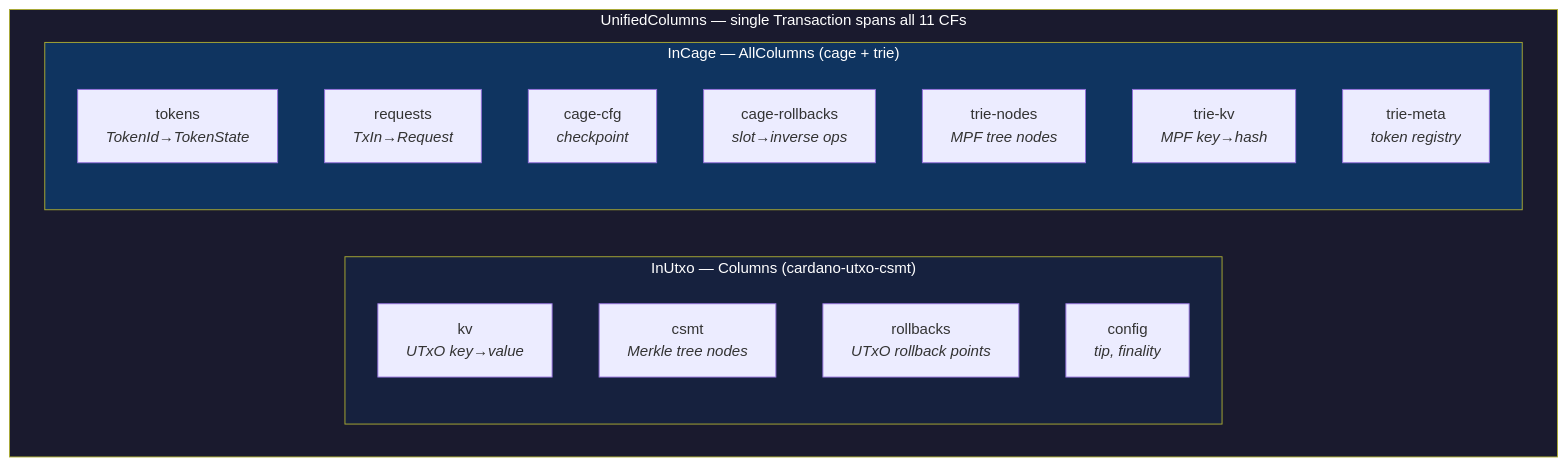
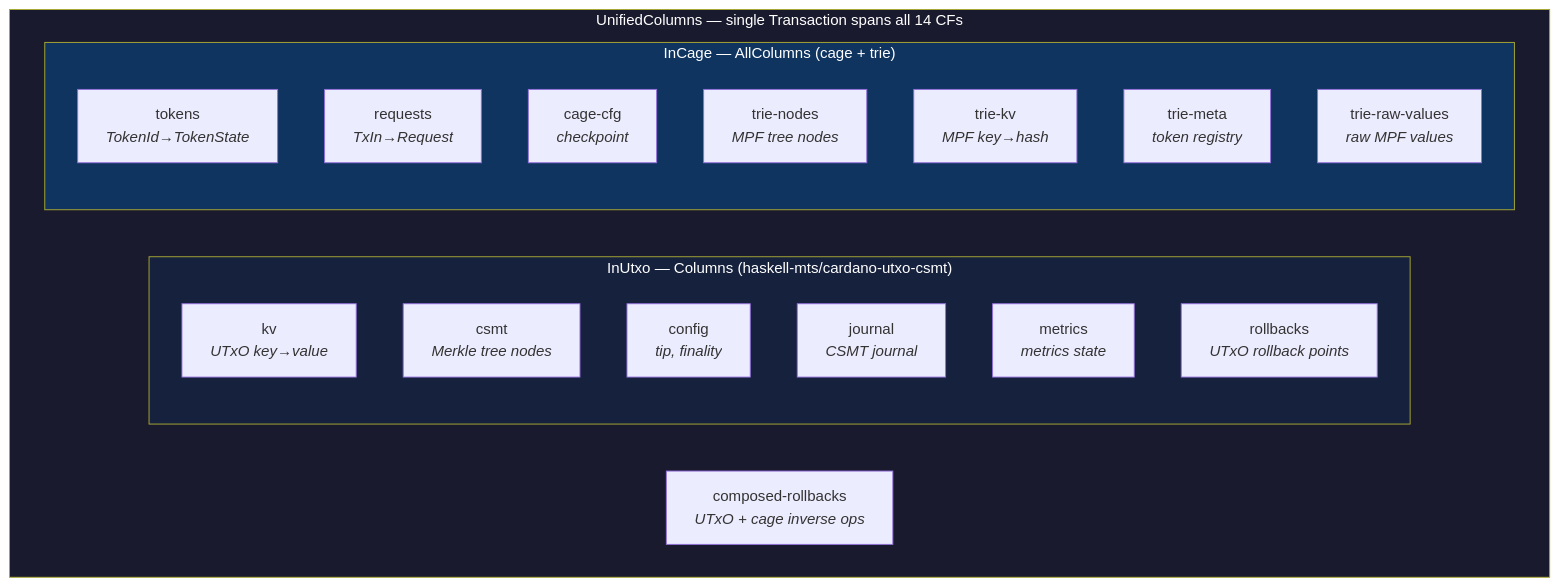
One commit to lambdasistemi/cardano-mpfs-offchain changed the first of 7 diagrams in docs/architecture/block-processing.md. Above: the diagram before and after it, drawn with Mermaid. The commit also changed other lines of this file and 9 other files, not shown here.

````diff
--- a/docs/architecture/block-processing.md
+++ b/docs/architecture/block-processing.md
@@ -20,25 +21,28 @@
 ```mermaid
 graph TB
-    subgraph unified["UnifiedColumns — single Transaction spans all 11 CFs"]
+    subgraph unified["UnifiedColumns — single Transaction spans all 14 CFs"]
         direction LR
-        subgraph utxo["InUtxo — Columns (cardano-utxo-csmt)"]
+        subgraph utxo["InUtxo — Columns (haskell-mts/cardano-utxo-csmt)"]
             KV["kv<br/><i>UTxO key→value</i>"]
             CSMT["csmt<br/><i>Merkle tree nodes</i>"]
+            CFG["config<br/><i>tip, finality</i>"]
+            JOURNAL["journal<br/><i>CSMT journal</i>"]
+            MET["metrics<br/><i>metrics state</i>"]
             RB["rollbacks<br/><i>UTxO rollback points</i>"]
-            CFG["config<br/><i>tip, finality</i>"]
         end
         subgraph cage["InCage — AllColumns (cage + trie)"]
             TOK["tokens<br/><i>TokenId→TokenState</i>"]
             REQ["requests<br/><i>TxIn→Request</i>"]
             CC["cage-cfg<br/><i>checkpoint</i>"]
-            CR["cage-rollbacks<br/><i>slot→inverse ops</i>"]
             TN["trie-nodes<br/><i>MPF tree nodes</i>"]
             TKV["trie-kv<br/><i>MPF key→hash</i>"]
             TM["trie-meta<br/><i>token registry</i>"]
+            TRV["trie-raw-values<br/><i>raw MPF values</i>"]
         end
+        CR["composed-rollbacks<br/><i>UTxO + cage inverse ops</i>"]
     end
 
     style unified fill:#1a1a2e,color:#fff
     style utxo fill:#16213e,color:#fff
     style cage fill:#0f3460,color:#fff
 ```
````
